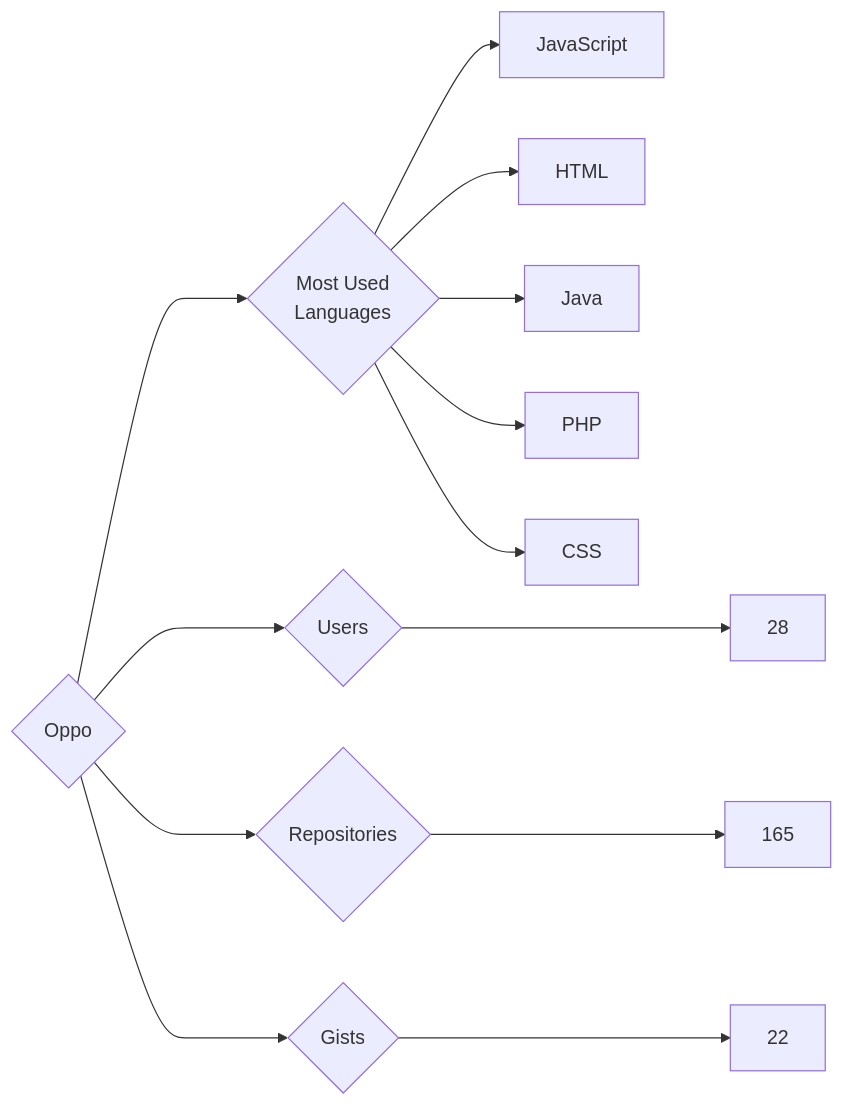
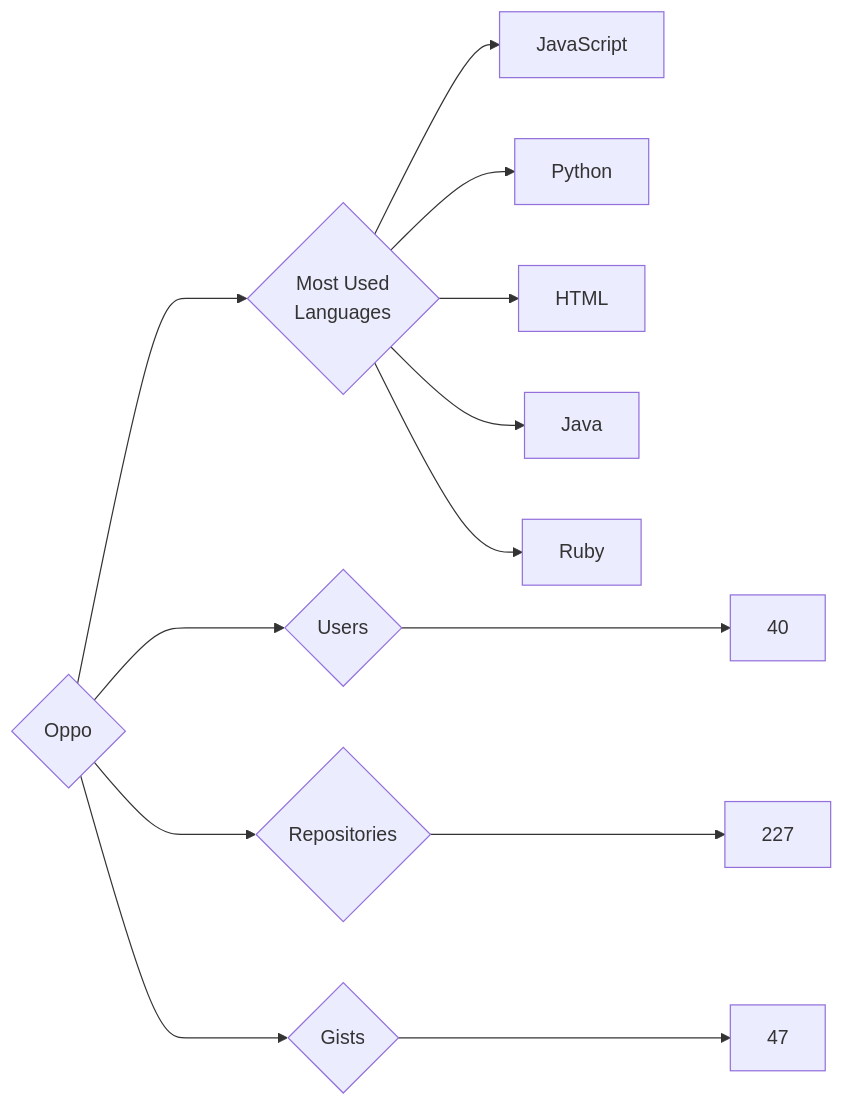
Before and after one commit to trickest/insiders: the diagram in targets/Oppo/README.md, drawn with Mermaid. The commit also changed 920 other files, not shown here.

````diff
--- a/targets/Oppo/README.md
+++ b/targets/Oppo/README.md
@@ -3,13 +3,13 @@
 ```mermaid
 graph LR
 COMPANY_NAME{Oppo}
-COMPANY_NAME ---> U{Users} ---> UN[28]
-COMPANY_NAME ---> R{Repositories} ---> RN[165]
-COMPANY_NAME ---> G{Gists} ---> GN[22]
+COMPANY_NAME ---> U{Users} ---> UN[40]
+COMPANY_NAME ---> R{Repositories} ---> RN[227]
+COMPANY_NAME ---> G{Gists} ---> GN[47]
 COMPANY_NAME ---> ML{Most Used<br>Languages}
 ML --> JavaScript[JavaScript]
+ML --> Python[Python]
 ML --> HTML[HTML]
 ML --> Java[Java]
-ML --> PHP[PHP]
-ML --> CSS[CSS]
+ML --> Ruby[Ruby]
 ```
````
